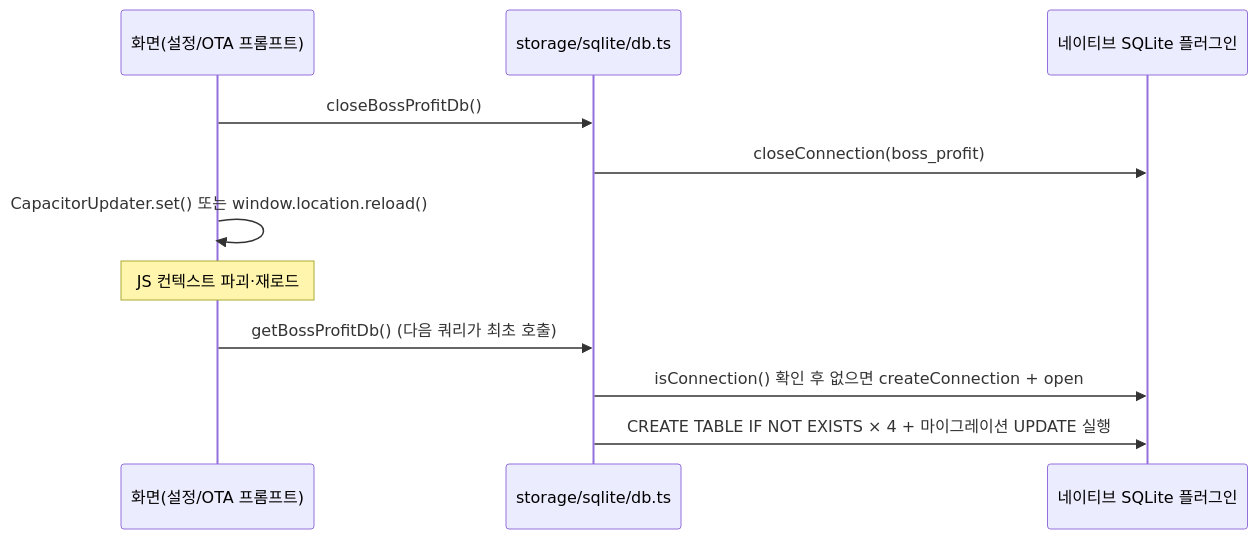
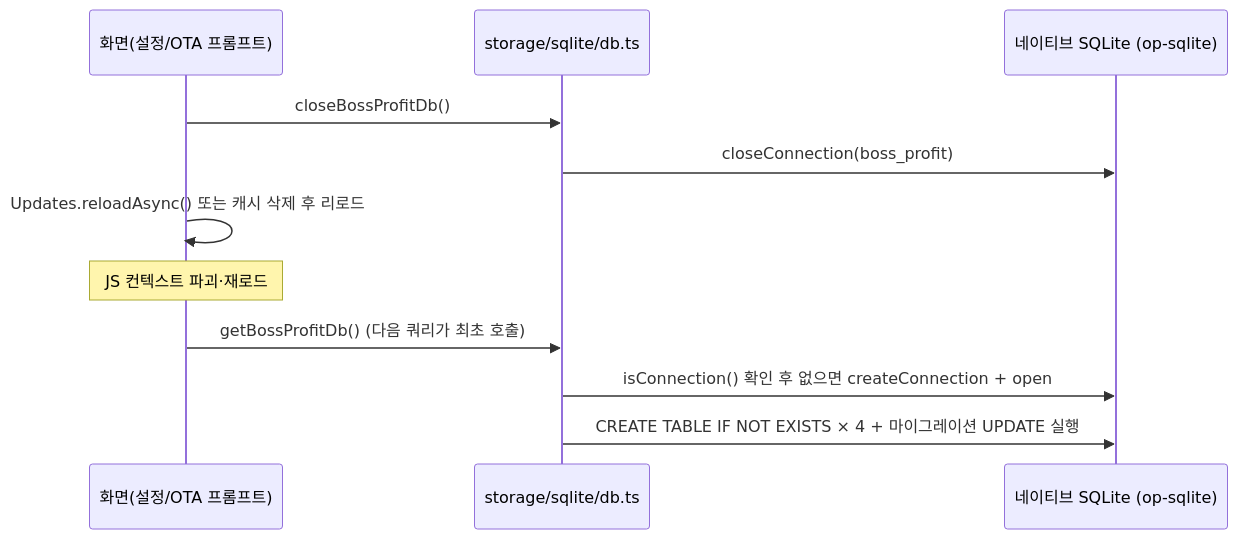
The second of 2 diagrams in docs/persistence/sqlite.md (jini520/maple-routine), drawn with Mermaid before and after one commit. The commit also changed other lines of this file and 25 other files, not shown here.

````diff
--- a/docs/persistence/sqlite.md
+++ b/docs/persistence/sqlite.md
@@ -98,14 +103,14 @@
 ```mermaid
 sequenceDiagram
     participant UI as 화면(설정/OTA 프롬프트)
     participant DB as storage/sqlite/db.ts
-    participant Native as 네이티브 SQLite 플러그인
+    participant Native as 네이티브 SQLite (op-sqlite)
 
     UI->>DB: closeBossProfitDb()
     DB->>Native: closeConnection(boss_profit)
-    UI->>UI: CapacitorUpdater.set() 또는 window.location.reload()
+    UI->>UI: Updates.reloadAsync() 또는 캐시 삭제 후 리로드
     Note over UI: JS 컨텍스트 파괴·재로드
     UI->>DB: getBossProfitDb() (다음 쿼리가 최초 호출)
     DB->>Native: isConnection() 확인 후 없으면 createConnection + open
     DB->>Native: CREATE TABLE IF NOT EXISTS × 4 + 마이그레이션 UPDATE 실행
 ```
````
